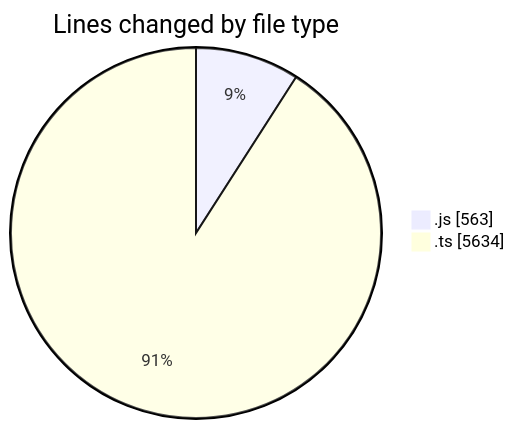
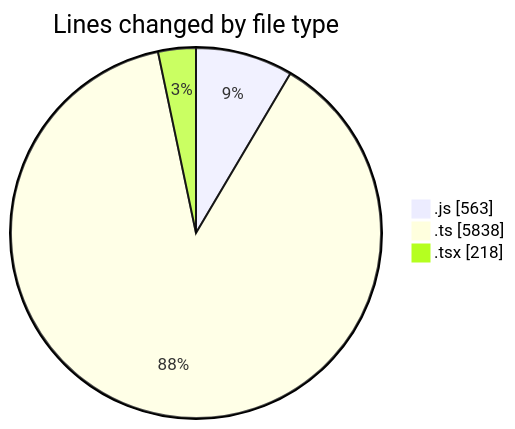
The first of 2 diagrams in 2025-11-14/cda/README.md (momahboobian/code-tracking), drawn with Mermaid before and after one commit. The commit also changed other lines of this file and 1 other file, not shown here.

````diff
--- a/2025-11-14/cda/README.md
+++ b/2025-11-14/cda/README.md
@@ -28,6 +30,7 @@
 ```mermaid
 pie showData
 title Lines changed by file type
 ".js" : 563
-".ts" : 5634
+".ts" : 5838
+".tsx" : 218
 ```
````
